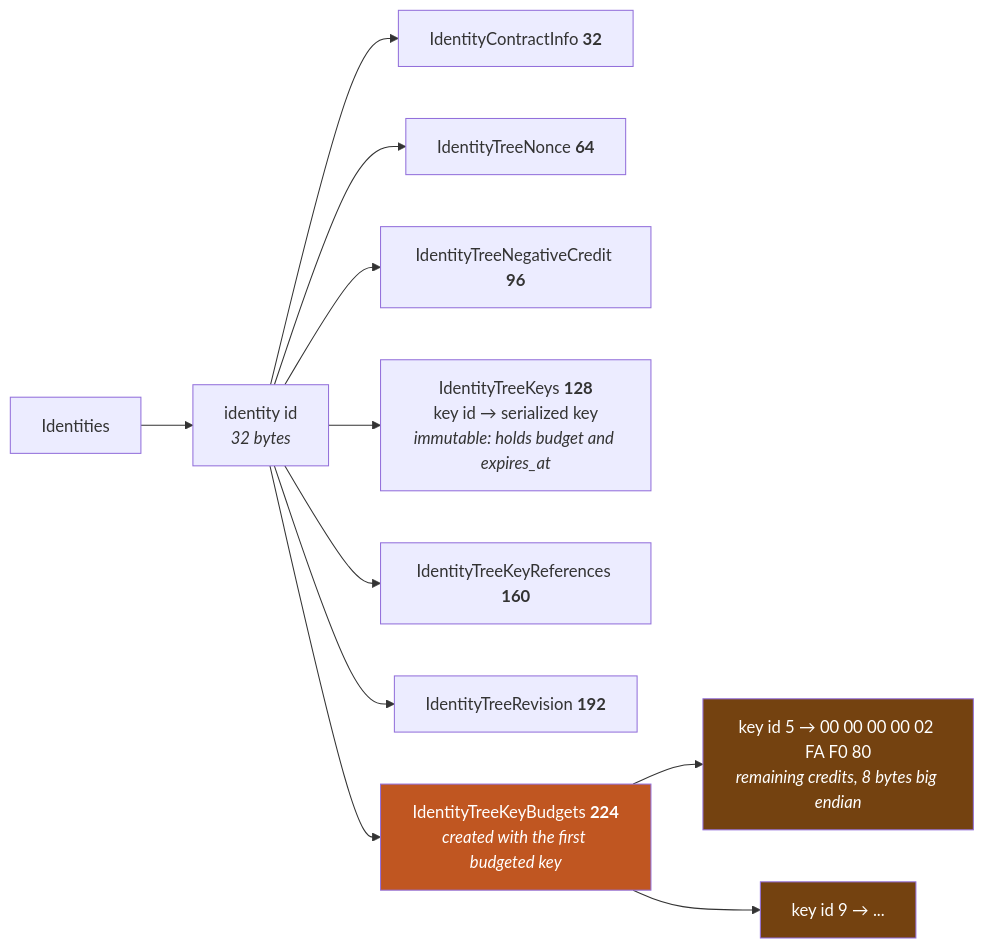
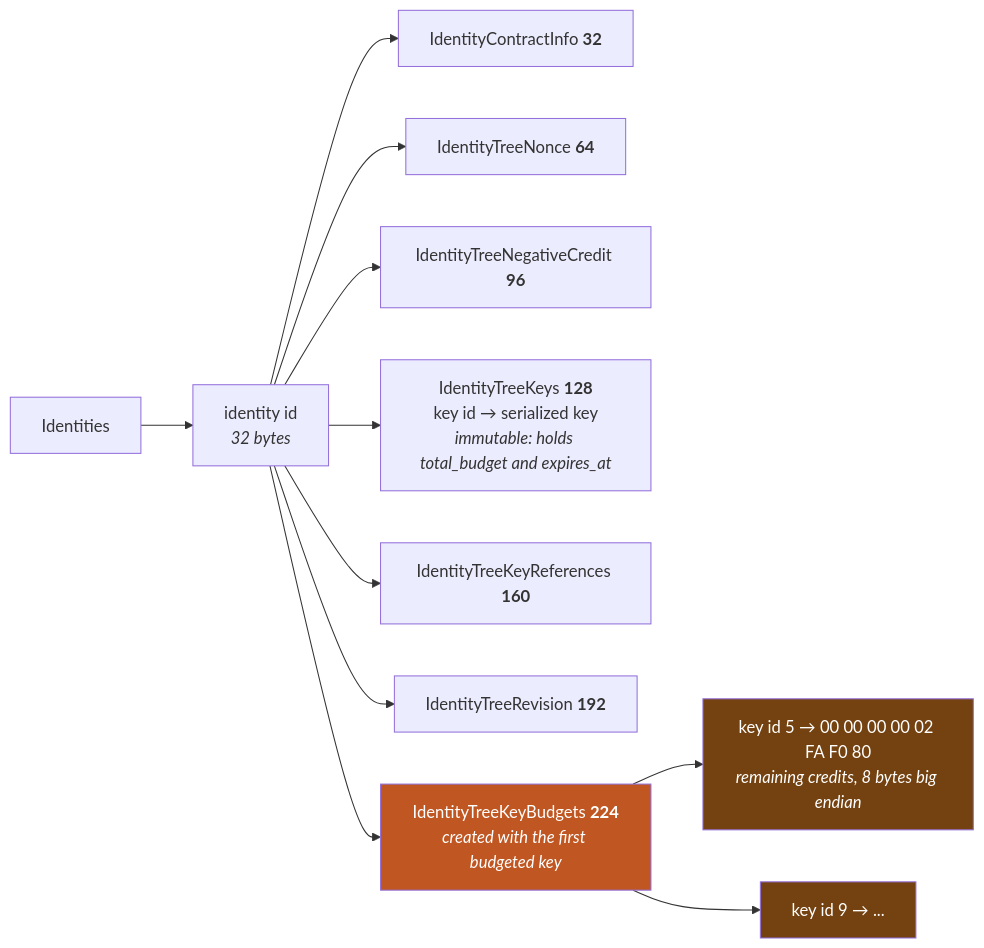
The seventh of 7 diagrams in book/src/data-model/key-limits.md (dashpay/platform), drawn with Mermaid before and after one commit. The commit also changed other lines of this file and 16 other files, not shown here.

First line of the commit message:
refactor(platform): name the key's budget field total_budget

````diff
--- a/book/src/data-model/key-limits.md
+++ b/book/src/data-model/key-limits.md
@@ -351,17 +343,17 @@
 ```mermaid
 flowchart LR
     I["Identities"] --> ID["identity id<br/><i>32 bytes</i>"]
     ID --> CI["IdentityContractInfo <b>32</b>"]
     ID --> N["IdentityTreeNonce <b>64</b>"]
     ID --> NC["IdentityTreeNegativeCredit <b>96</b>"]
-    ID --> K["IdentityTreeKeys <b>128</b><br/>key id → serialized key<br/><i>immutable: holds budget and expires_at</i>"]
+    ID --> K["IdentityTreeKeys <b>128</b><br/>key id → serialized key<br/><i>immutable: holds total_budget and expires_at</i>"]
     ID --> KR["IdentityTreeKeyReferences <b>160</b>"]
     ID --> REV["IdentityTreeRevision <b>192</b>"]
     ID --> KB["IdentityTreeKeyBudgets <b>224</b><br/><i>created with the first budgeted key</i>"]
     KB --> E1["key id 5 → 00 00 00 00 02 FA F0 80<br/><i>remaining credits, 8 bytes big endian</i>"]
     KB --> E2["key id 9 → ..."]
 
     style KB fill:#c05621,color:#fff
     style E1 fill:#744210,color:#fff
     style E2 fill:#744210,color:#fff
 ```
````
